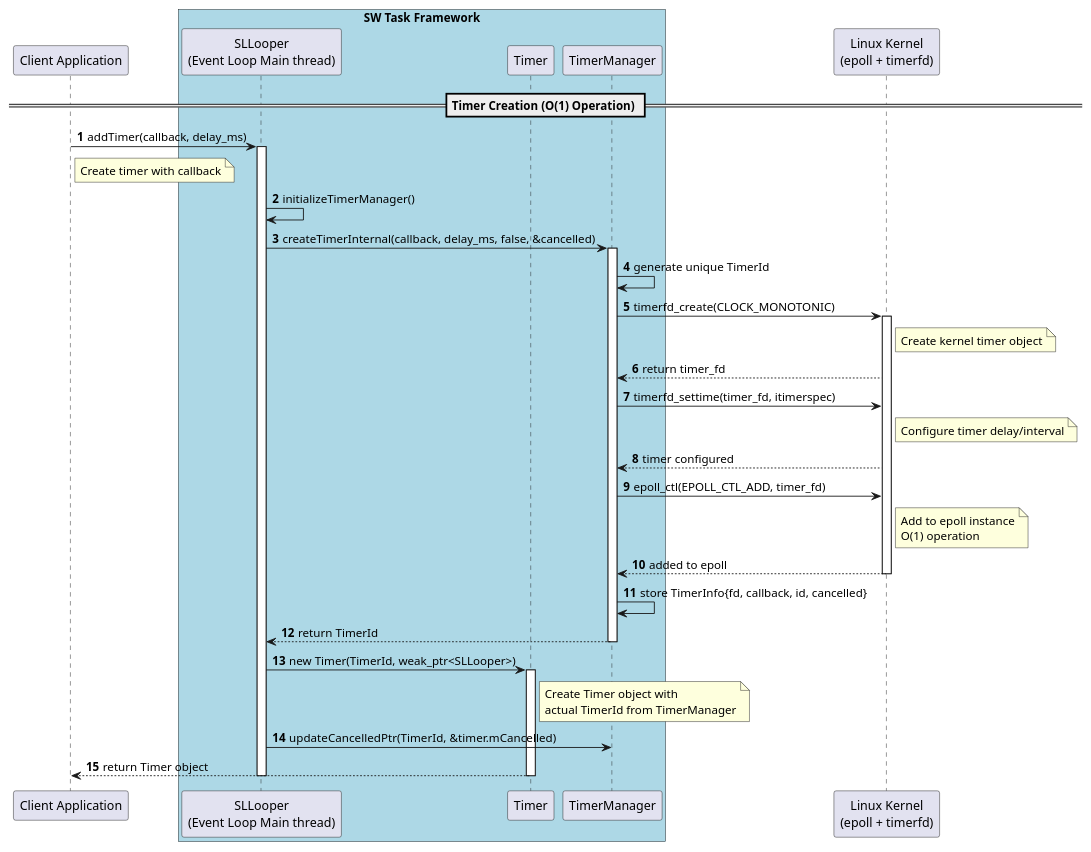
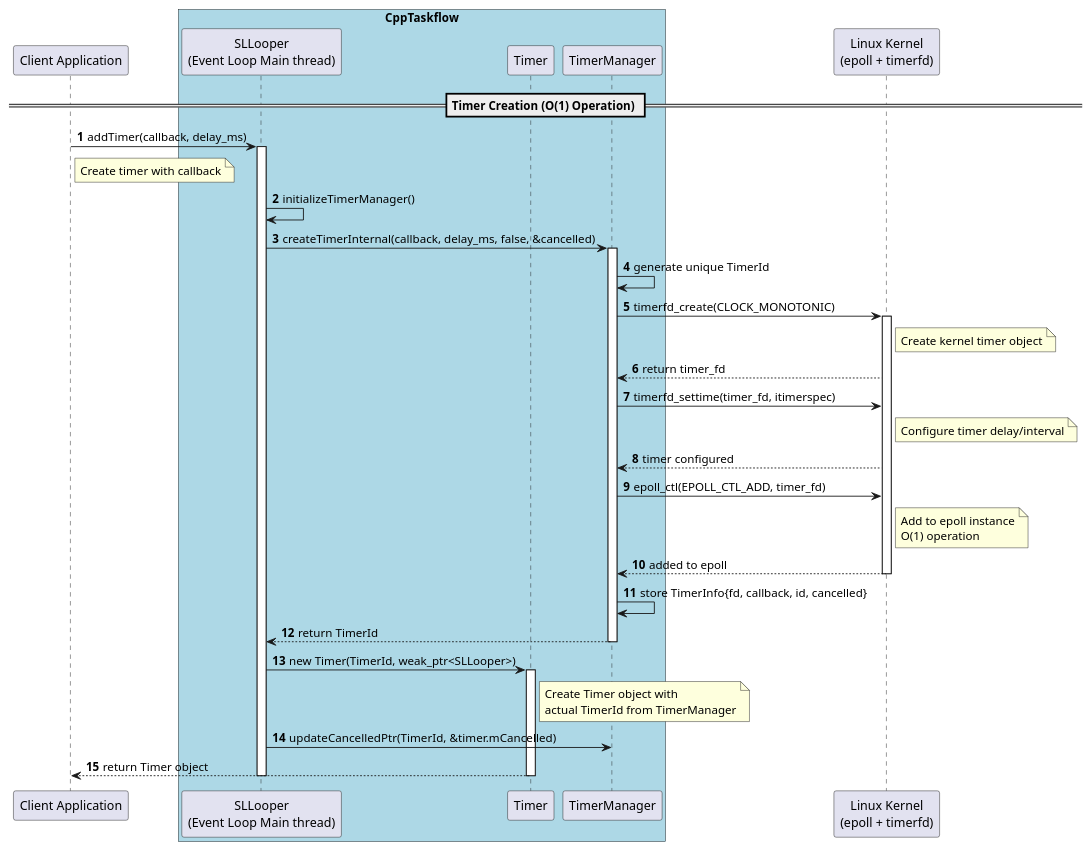
One commit to taikt/sw_task changed the first of 4 diagrams in doc/design/sw_task/efficiency.puml. Above: the diagram before and after it, drawn with PlantUML. The commit also changed other lines of this file and 16 other files, not shown here.

```diff
--- a/doc/design/sw_task/efficiency.puml
+++ b/doc/design/sw_task/efficiency.puml
@@ -7,54 +7,54 @@
 @startuml
-'title "SW Task Framework - Timer Creation Flow (O(1) Operation)"
+'title "CppTaskflow - Timer Creation Flow (O(1) Operation)"
 
 autonumber
 
 participant "Client Application" as Client
 
-box "SW Task Framework" #LightBlue
+box "CppTaskflow" #LightBlue
     participant "SLLooper\n(Event Loop Main thread)" as MainLoop
     participant "Timer" as Timer
     participant "TimerManager" as TimerMgr
 end box
 
 participant "Linux Kernel\n(epoll + timerfd)" as LinuxKernel
 
 == Timer Creation (O(1) Operation) ==
 Client -> MainLoop : addTimer(callback, delay_ms)
 activate MainLoop
 note right of Client : Create timer with callback
 
 MainLoop -> MainLoop : initializeTimerManager()
 
 MainLoop -> TimerMgr : createTimerInternal(callback, delay_ms, false, &cancelled)
 activate TimerMgr
 
 TimerMgr -> TimerMgr : generate unique TimerId
 TimerMgr -> LinuxKernel : timerfd_create(CLOCK_MONOTONIC)
 activate LinuxKernel
 note right of LinuxKernel : Create kernel timer object
 LinuxKernel --> TimerMgr : return timer_fd
 
 TimerMgr -> LinuxKernel : timerfd_settime(timer_fd, itimerspec)
 note right of LinuxKernel : Configure timer delay/interval
 LinuxKernel --> TimerMgr : timer configured
 
 TimerMgr -> LinuxKernel : epoll_ctl(EPOLL_CTL_ADD, timer_fd)
 note right of LinuxKernel : Add to epoll instance\nO(1) operation
 LinuxKernel --> TimerMgr : added to epoll
 deactivate LinuxKernel
 
 TimerMgr -> TimerMgr : store TimerInfo{fd, callback, id, cancelled}
 TimerMgr --> MainLoop : return TimerId
 deactivate TimerMgr
 
 MainLoop -> Timer : new Timer(TimerId, weak_ptr<SLLooper>)
 activate Timer
 note right of Timer : Create Timer object with\nactual TimerId from TimerManager
 
 MainLoop -> TimerMgr : updateCancelledPtr(TimerId, &timer.mCancelled)
 Timer --> Client : return Timer object
 deactivate Timer
 deactivate MainLoop
 
 @enduml
```
